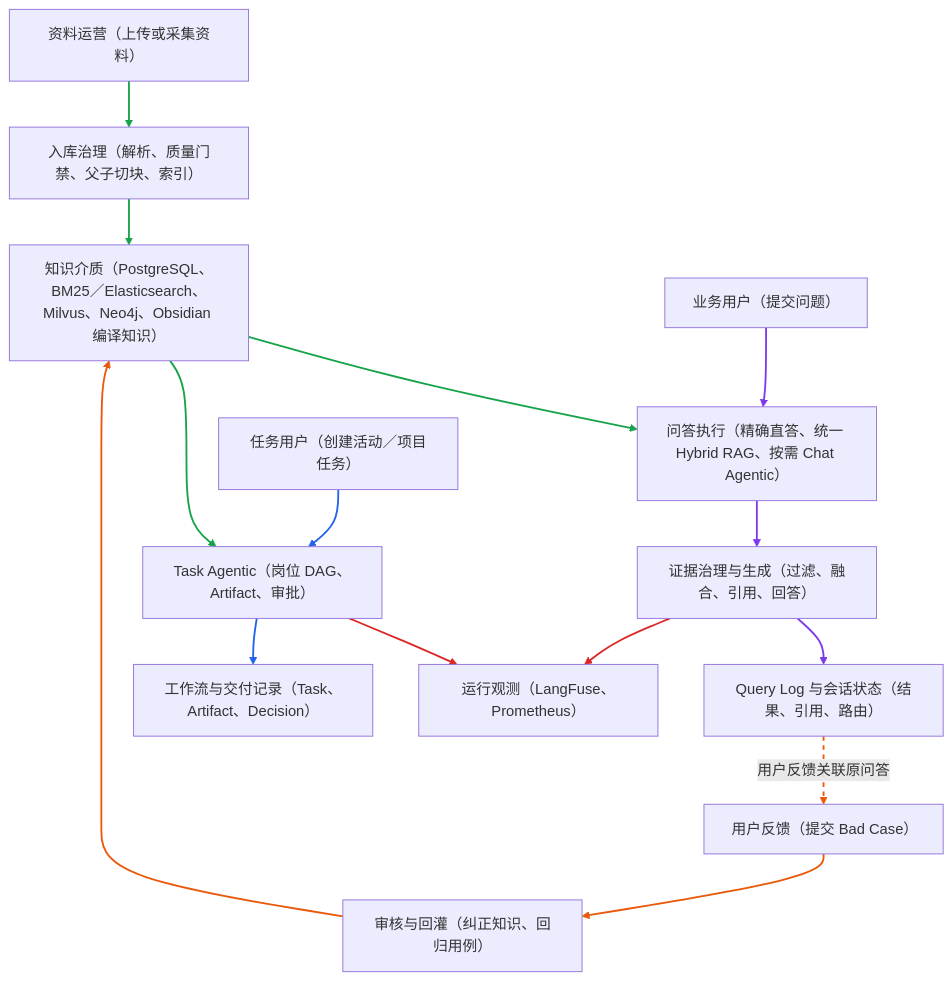
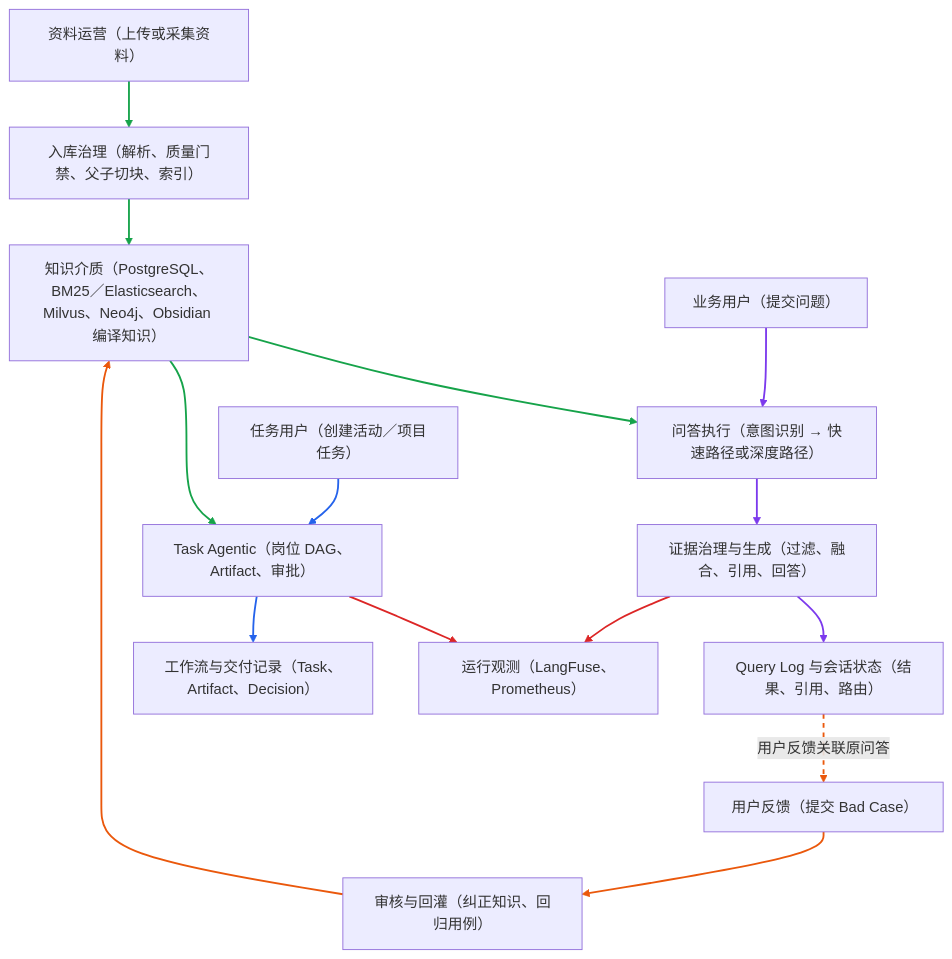
One commit to monstereatai/RAG changed the first of 15 diagrams in docs/interview/功能步骤流程.md. Above: the diagram before and after it, drawn with Mermaid. The commit also changed other lines of this file and 1983 other files, not shown here.

````diff
--- a/docs/interview/功能步骤流程.md
+++ b/docs/interview/功能步骤流程.md
@@ -30,24 +30,24 @@
 ```mermaid
 flowchart TB
   A[资料运营（上传或采集资料）] --> B[入库治理（解析、质量门禁、父子切块、索引）]
   B --> C[知识介质（PostgreSQL、BM25／Elasticsearch、Milvus、Neo4j、Obsidian 编译知识）]
-  D[业务用户（提交问题）] --> E[问答执行（精确直答、统一 Hybrid RAG、按需 Chat Agentic）]
+  D[业务用户（提交问题）] --> E[问答执行（意图识别 → 快速路径或深度路径）]
   E --> F[证据治理与生成（过滤、融合、引用、回答）]
   F --> G[Query Log 与会话状态（结果、引用、路由）]
   H[任务用户（创建活动／项目任务）] --> I[Task Agentic（岗位 DAG、Artifact、审批）]
   I --> J[工作流与交付记录（Task、Artifact、Decision）]
   K[用户反馈（提交 Bad Case）] --> L[审核与回灌（纠正知识、回归用例）]
   L --> C
   F --> M[运行观测（LangFuse、Prometheus）]
   I --> M
   C --> E
   C --> I
   G -. 用户反馈关联原问答 .-> K
   linkStyle 0,1 stroke:#16a34a,stroke-width:2px
   linkStyle 2,3,4 stroke:#7c3aed,stroke-width:2px
   linkStyle 5,6 stroke:#2563eb,stroke-width:2px
   linkStyle 7,8 stroke:#ea580c,stroke-width:2px
   linkStyle 9,10 stroke:#dc2626,stroke-width:2px
   linkStyle 11,12 stroke:#16a34a,stroke-width:2px
   linkStyle 13 stroke:#ea580c,stroke-width:2px,stroke-dasharray:5 5
 ```
````
